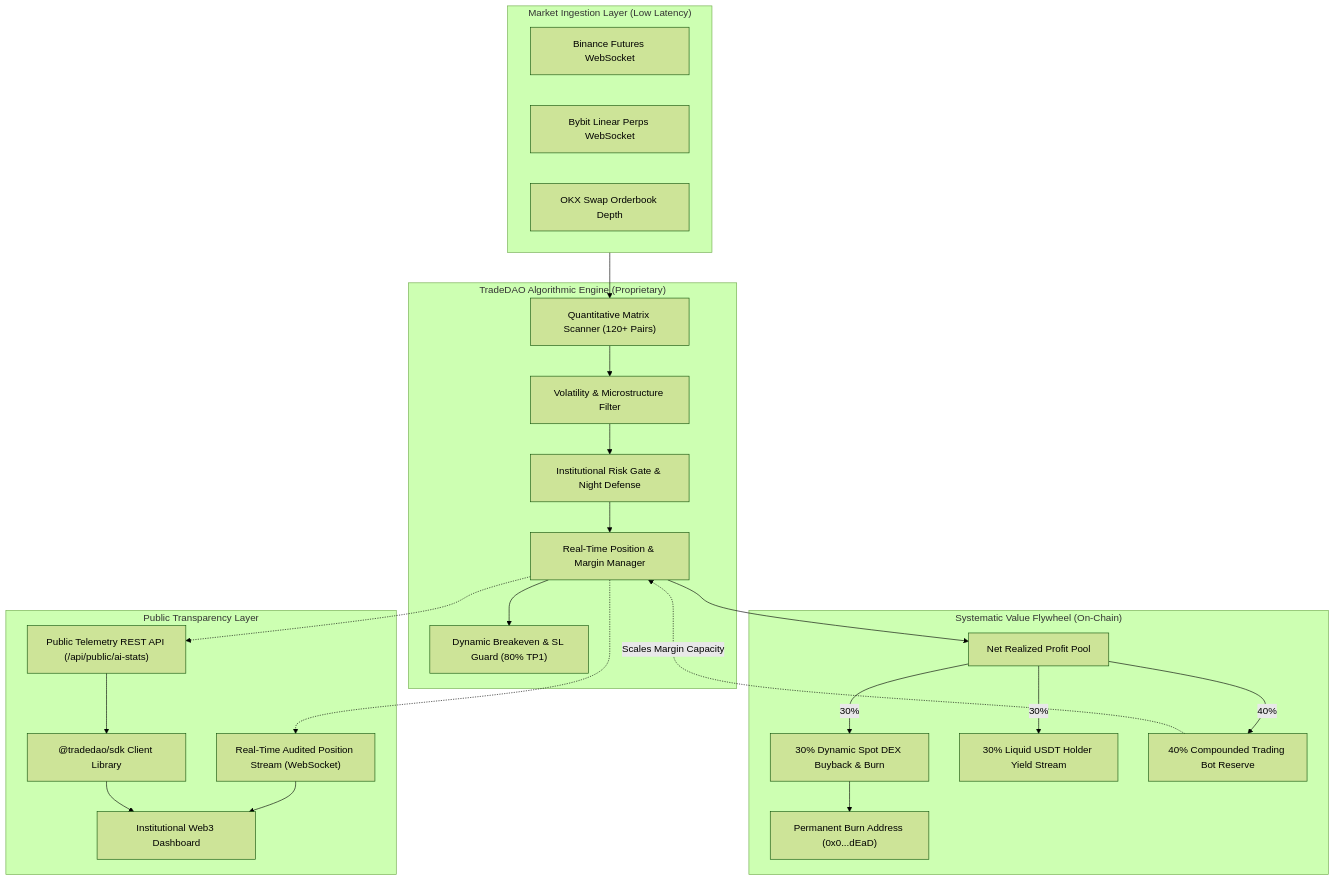
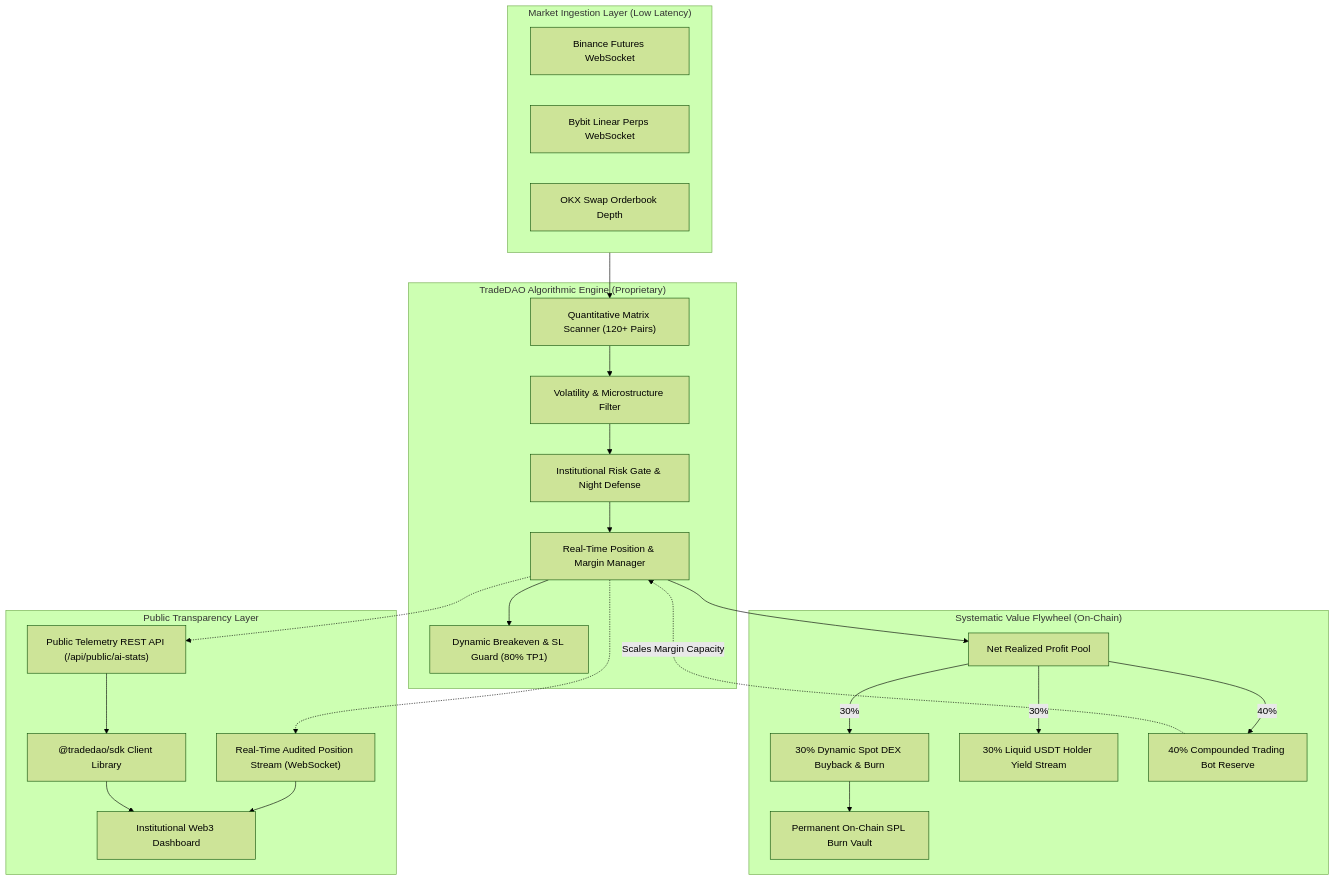
One commit to tradedao87-ops/tradedao-protocol changed the diagram in README.md. Above: the diagram before and after it, drawn with Mermaid (forest theme). The commit also changed other lines of this file and 4 other files, not shown here.

````diff
--- a/README.md
+++ b/README.md
@@ -40,50 +40,50 @@
 ```mermaid
 flowchart TD
     subgraph MarketData ["Market Ingestion Layer (Low Latency)"]
         EX1["Binance Futures WebSocket"]
         EX2["Bybit Linear Perps WebSocket"]
         EX3["OKX Swap Orderbook Depth"]
     end
 
     subgraph QuantEngine ["TradeDAO Algorithmic Engine (Proprietary)"]
         Scanner["Quantitative Matrix Scanner (120+ Pairs)"]
         Filter["Volatility & Microstructure Filter"]
         RiskGuard["Institutional Risk Gate & Night Defense"]
         PositionMgr["Real-Time Position & Margin Manager"]
         SLBreaker["Dynamic Breakeven & SL Guard (80% TP1)"]
     end
 
     subgraph ValueFlywheel ["Systematic Value Flywheel (On-Chain)"]
         ProfitHarvest["Net Realized Profit Pool"]
         Buyback["30% Dynamic Spot DEX Buyback & Burn"]
         Dividend["30% Liquid USDT Holder Yield Stream"]
         Reserve["40% Compounded Trading Bot Reserve"]
-        BurnVault["Permanent Burn Address (0x0...dEaD)"]
+        BurnVault["Permanent On-Chain SPL Burn Vault"]
     end
 
     subgraph Telemetry ["Public Transparency Layer"]
         PubAPI["Public Telemetry REST API (/api/public/ai-stats)"]
         WSFeed["Real-Time Audited Position Stream (WebSocket)"]
         SDK["@tradedao/sdk Client Library"]
         Terminal["Institutional Web3 Dashboard"]
     end
 
     MarketData --> Scanner
     Scanner --> Filter
     Filter --> RiskGuard
     RiskGuard --> PositionMgr
     PositionMgr --> SLBreaker
     PositionMgr --> ProfitHarvest
 
     ProfitHarvest -->|30%| Buyback
     ProfitHarvest -->|30%| Dividend
     ProfitHarvest -->|40%| Reserve
     Reserve -.->|Scales Margin Capacity| PositionMgr
     Buyback --> BurnVault
 
     PositionMgr -.-> PubAPI
     PositionMgr -.-> WSFeed
     PubAPI --> SDK
     WSFeed --> Terminal
     SDK --> Terminal
 ```
````
